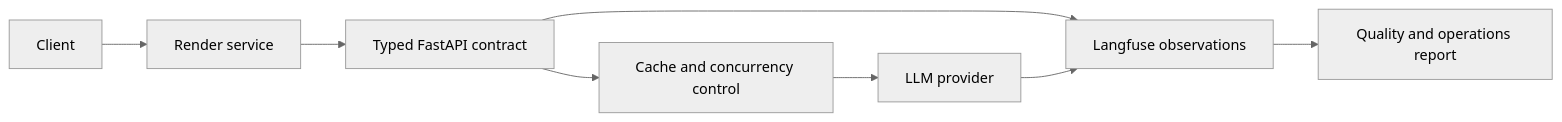
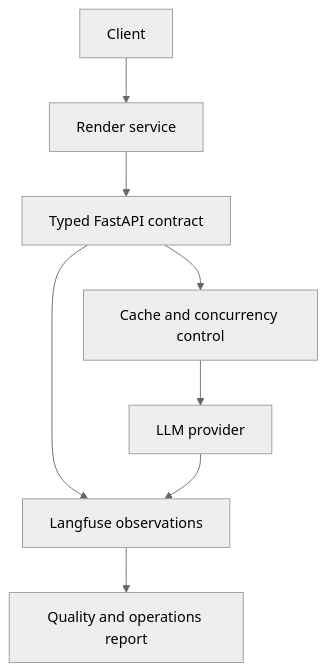
The diagram in README.md (Ferid1088/mle-llm-application-deployment-project), drawn with Mermaid (neutral theme) before and after one commit.

Commit message:
docs: clarify Mermaid diagrams and lesson workflows

````diff
--- a/README.md
+++ b/README.md
@@ -54,10 +54,10 @@
 ```mermaid
-flowchart LR
+flowchart TD
     A["Client"] --> B["Render service"]
     B --> C["Typed FastAPI contract"]
     C --> D["Cache and concurrency control"]
     D --> E["LLM provider"]
     C --> F["Langfuse observations"]
     E --> F
     F --> G["Quality and operations report"]
 ```
````
